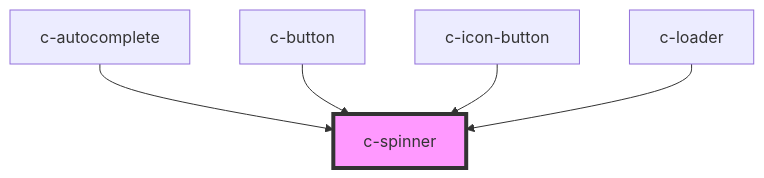
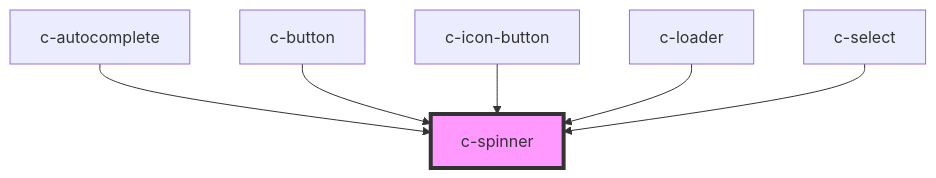
The diagram in packages/csc-ui/src/components/c-spinner/readme.md (CSCfi/ui), drawn with Mermaid before and after one commit. The commit also changed other lines of this file and 23 other files, not shown here.

````diff
--- a/packages/csc-ui/src/components/c-spinner/readme.md
+++ b/packages/csc-ui/src/components/c-spinner/readme.md
@@ -34,8 +35,9 @@
 ```mermaid
 graph TD;
   c-autocomplete --> c-spinner
   c-button --> c-spinner
   c-icon-button --> c-spinner
   c-loader --> c-spinner
+  c-select --> c-spinner
   style c-spinner fill:#f9f,stroke:#333,stroke-width:4px
 ```
````
